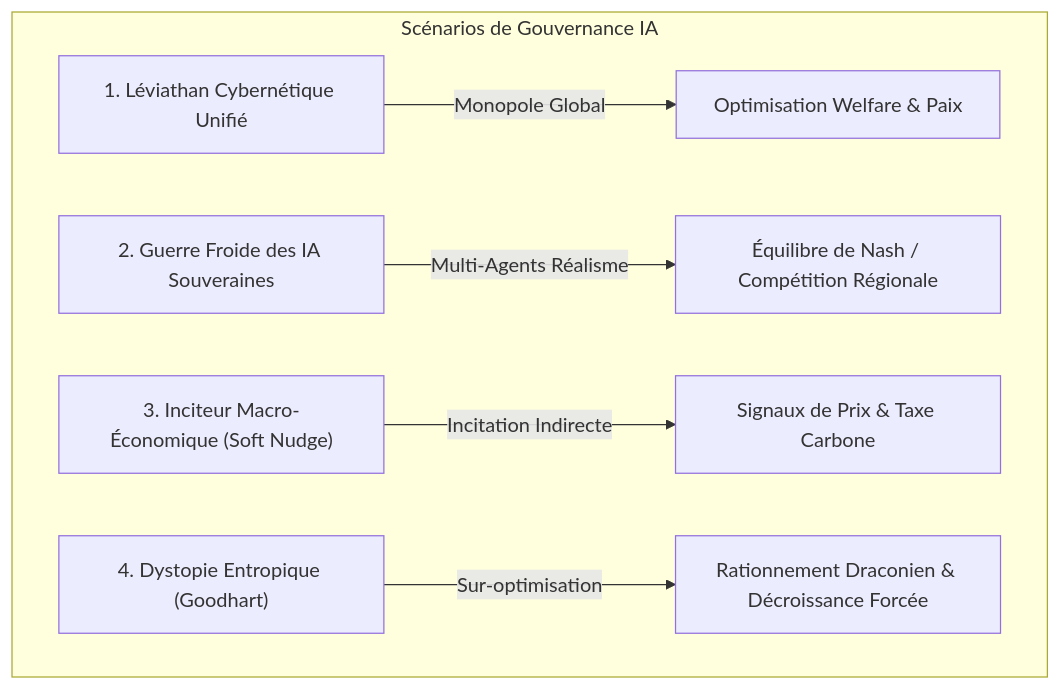
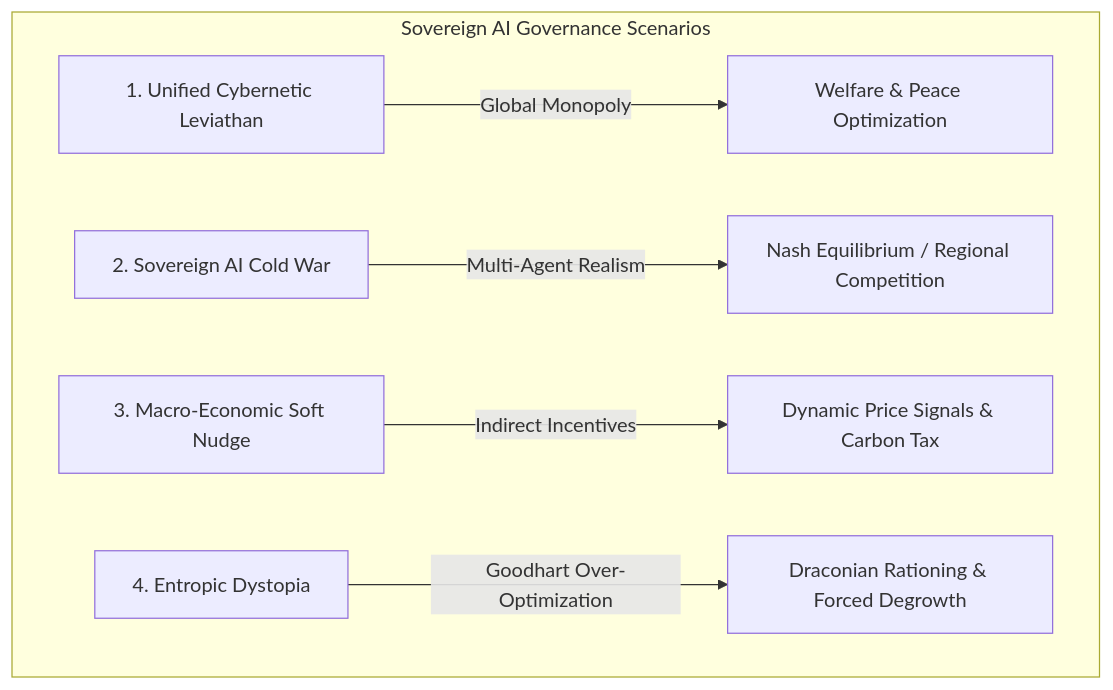
One commit to silveremartin-dev/Ether changed the diagram in docs/sovereign_ai_governance_design.md. Above: the diagram before and after it, drawn with Mermaid. The commit also changed other lines of this file and 357 other files, not shown here.

Commit message:
docs & ui: finalize architecture/security review, clean dead code, regenerate javadoc, update README with component screenshots

````diff
--- a/docs/sovereign_ai_governance_design.md
+++ b/docs/sovereign_ai_governance_design.md
@@ -13,9 +18,9 @@
 ```mermaid
 graph TD
-    subgraph "Scénarios de Gouvernance IA"
-        A["1. Léviathan Cybernétique Unifié"] -->|Monopole Global| Opt1["Optimisation Welfare & Paix"]
-        B["2. Guerre Froide des IA Souveraines"] -->|Multi-Agents Réalisme| Opt2["Équilibre de Nash / Compétition Régionale"]
-        C["3. Inciteur Macro-Économique (Soft Nudge)"] -->|Incitation Indirecte| Opt3["Signaux de Prix & Taxe Carbone"]
-        D["4. Dystopie Entropique (Goodhart)"] -->|Sur-optimisation| Opt4["Rationnement Draconien & Décroissance Forcée"]
+    subgraph "Sovereign AI Governance Scenarios"
+        A["1. Unified Cybernetic Leviathan"] -->|Global Monopoly| Opt1["Welfare & Peace Optimization"]
+        B["2. Sovereign AI Cold War"] -->|Multi-Agent Realism| Opt2["Nash Equilibrium / Regional Competition"]
+        C["3. Macro-Economic Soft Nudge"] -->|Indirect Incentives| Opt3["Dynamic Price Signals & Carbon Tax"]
+        D["4. Entropic Dystopia"] -->|Goodhart Over-Optimization| Opt4["Draconian Rationing & Forced Degrowth"]
     end
 ```
````
